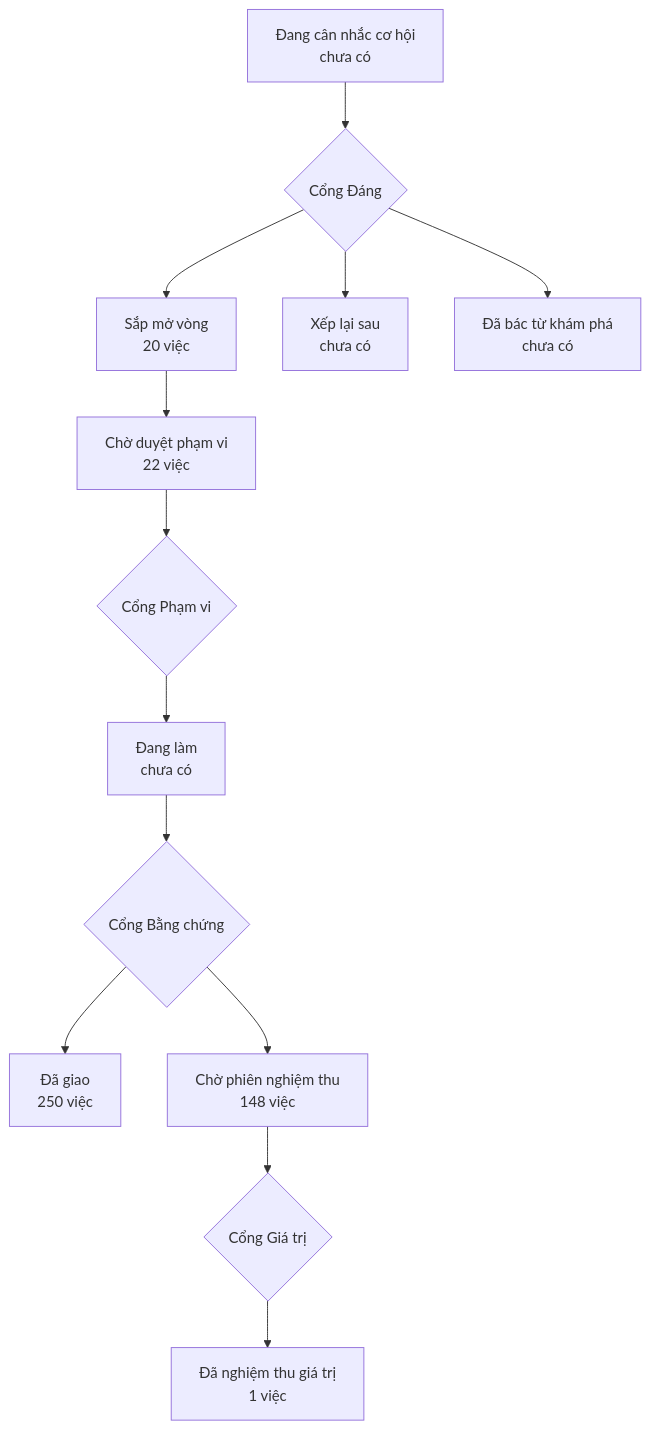
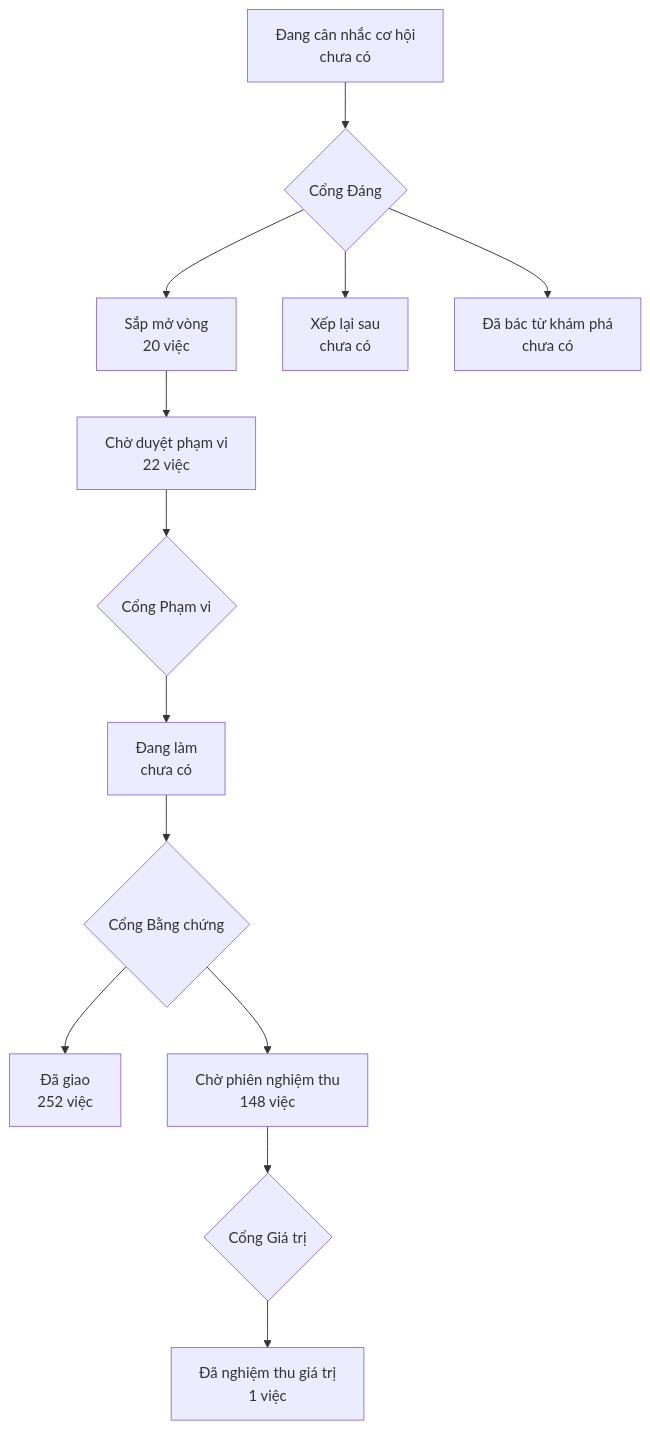
One commit to phanlemanh/onehub-invest changed the diagram in PRODUCT-MAP.md. Above: the diagram before and after it, drawn with Mermaid. The commit also changed other lines of this file and 1 other file, not shown here.

Commit message:
chore: vẽ lại PRODUCT-MAP, LO-TRINH sau gộp main

````diff
--- a/PRODUCT-MAP.md
+++ b/PRODUCT-MAP.md
@@ -7,12 +7,12 @@
 ```mermaid
 flowchart TD
   A["Đang cân nhắc cơ hội<br/>chưa có"] --> GD{"Cổng Đáng"}
   GD --> B["Sắp mở vòng<br/>20 việc"]
   GD --> XL["Xếp lại sau<br/>chưa có"]
   GD --> DB["Đã bác từ khám phá<br/>chưa có"]
   B --> CD["Chờ duyệt phạm vi<br/>22 việc"] --> GP{"Cổng Phạm vi"}
   GP --> DL["Đang làm<br/>chưa có"] --> GB{"Cổng Bằng chứng"}
-  GB --> DG["Đã giao<br/>250 việc"]
+  GB --> DG["Đã giao<br/>252 việc"]
   GB --> CN["Chờ phiên nghiệm thu<br/>148 việc"] --> GG{"Cổng Giá trị"}
   GG --> NT["Đã nghiệm thu giá trị<br/>1 việc"]
 ```
````
